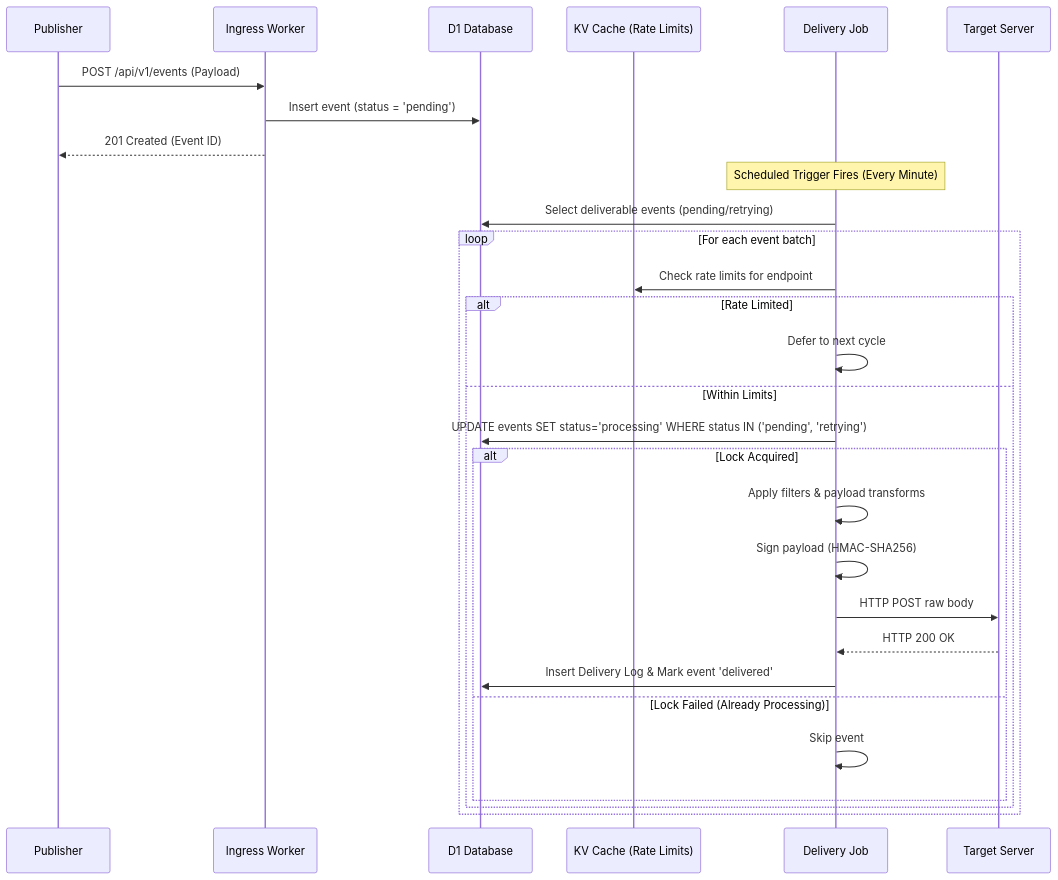
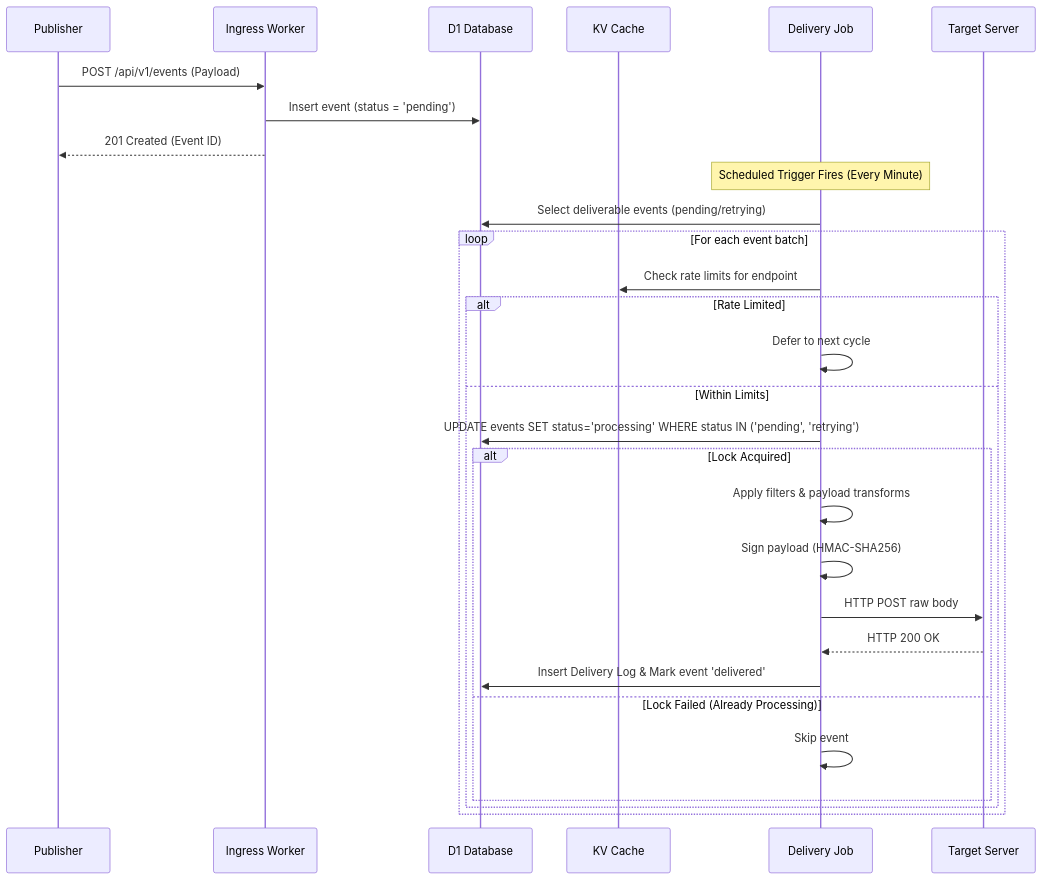
One commit to MasirJafri1/Webhook-Hub changed the diagram in docs/architecture/delivery-engine.md. Above: the diagram before and after it, drawn with Mermaid. The commit also changed 9 other files, not shown here.

Commit message:
docs: overhaul README and docs with Mermaid diagrams, Google OAuth flow, and security hardening

````diff
--- a/docs/architecture/delivery-engine.md
+++ b/docs/architecture/delivery-engine.md
@@ -11,34 +11,34 @@
 ```mermaid
 sequenceDiagram
     participant Publisher
     participant Ingress Worker
     participant D1 Database
-    participant KV Cache (Rate Limits)
+    participant KV as KV Cache
     participant Delivery Job
     participant Target Server
 
     Publisher->>Ingress Worker: POST /api/v1/events (Payload)
     Ingress Worker->>D1 Database: Insert event (status = 'pending')
     Ingress Worker-->>Publisher: 201 Created (Event ID)
     
     Note over Delivery Job: Scheduled Trigger Fires (Every Minute)
     Delivery Job->>D1 Database: Select deliverable events (pending/retrying)
     
     loop For each event batch
-        Delivery Job->>KV Cache (Rate Limits): Check rate limits for endpoint
+        Delivery Job->>KV: Check rate limits for endpoint
         alt Rate Limited
             Delivery Job->>Delivery Job: Defer to next cycle
         else Within Limits
             Delivery Job->>D1 Database: UPDATE events SET status='processing' WHERE status IN ('pending', 'retrying')
             alt Lock Acquired
                 Delivery Job->>Delivery Job: Apply filters & payload transforms
                 Delivery Job->>Delivery Job: Sign payload (HMAC-SHA256)
                 Delivery Job->>Target Server: HTTP POST raw body
                 Target Server-->>Delivery Job: HTTP 200 OK
                 Delivery Job->>D1 Database: Insert Delivery Log & Mark event 'delivered'
             else Lock Failed (Already Processing)
                 Delivery Job->>Delivery Job: Skip event
             end
         end
     end
 ```
````
